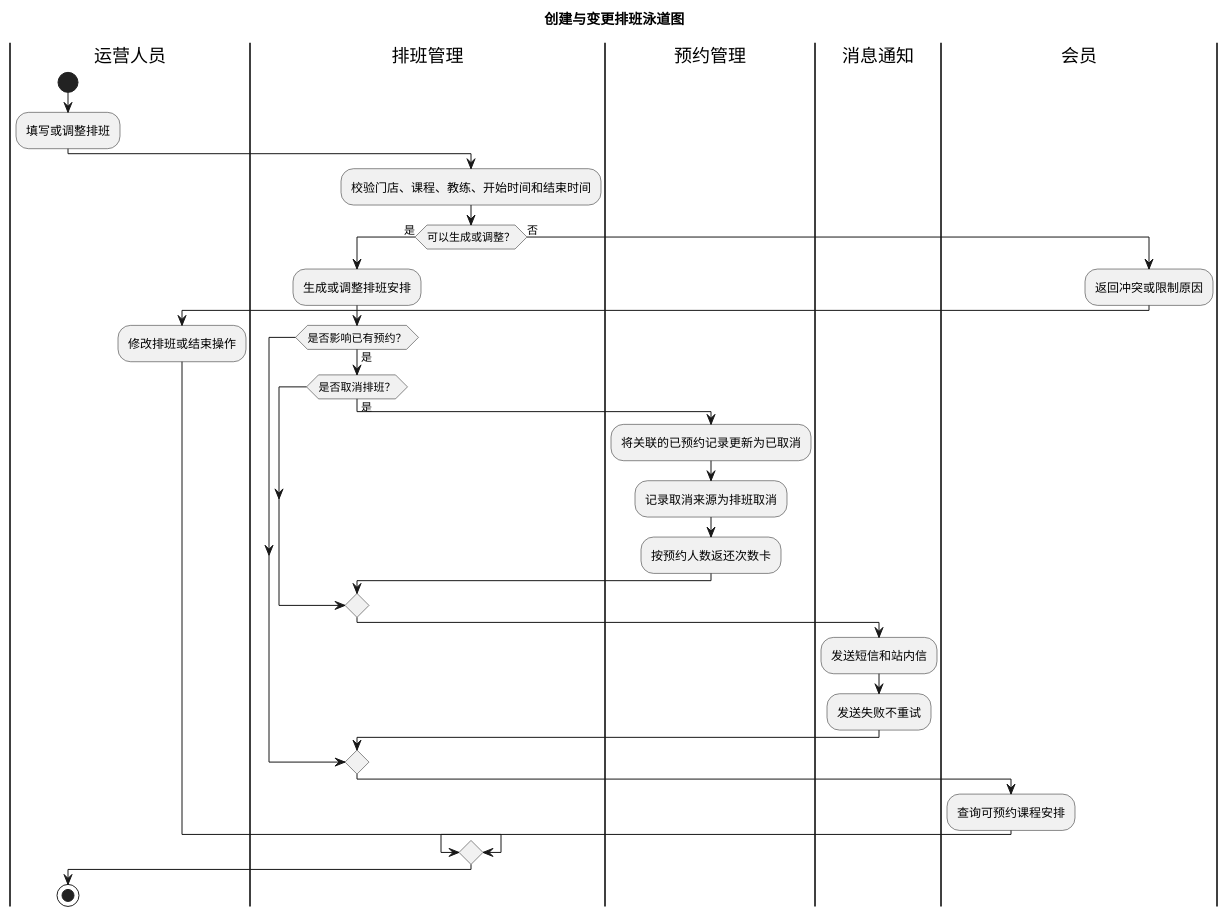
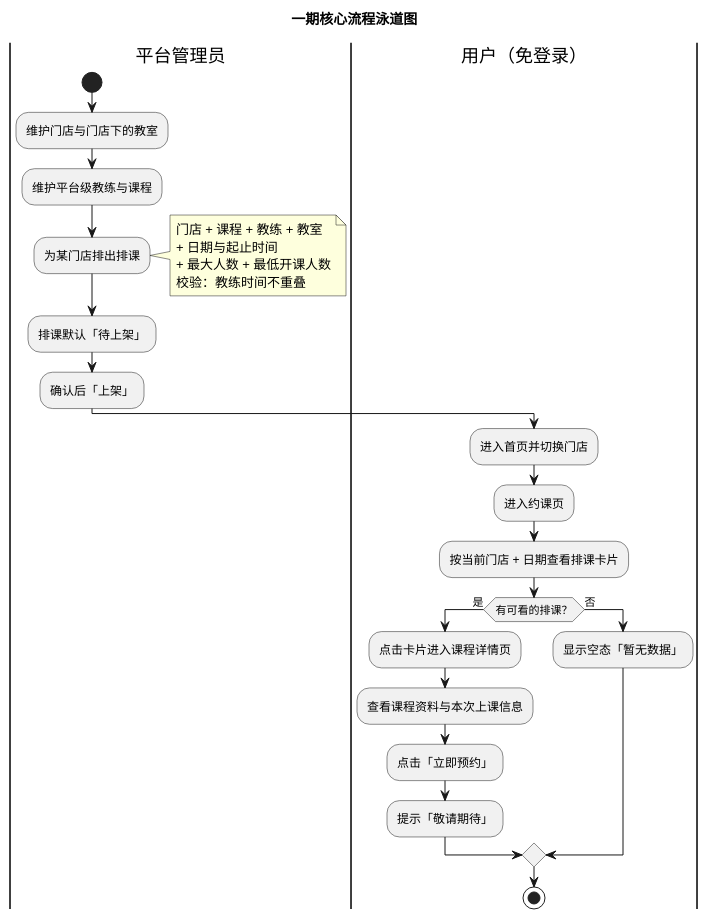
Before and after one commit to duo2530/techplant-yoga: the second of 3 diagrams in docs/需求分析/需求分析.md, drawn with PlantUML. The commit also changed other lines of this file and 52 other files, not shown here.

````diff
--- a/docs/需求分析/需求分析.md
+++ b/docs/需求分析/需求分析.md
@@ -423,33 +167,33 @@
 ```plantuml
 @startuml
-title 创建与变更排班泳道图
+title 一期核心流程泳道图
 
-|运营人员|
+|平台管理员|
 start
-:填写或调整排班;
+:维护门店与门店下的教室;
+:维护平台级教练与课程;
+:为某门店排出排课;
+note right
+  门店 + 课程 + 教练 + 教室
+  + 日期与起止时间
+  + 最大人数 + 最低开课人数
+  校验：教练时间不重叠
+end note
+:排课默认「待上架」;
+:确认后「上架」;
 
-|排班管理|
-  :校验门店、课程、教练、开始时间和结束时间;
-if (可以生成或调整？) then (是)
-  :生成或调整排班安排;
-  if (是否影响已有预约？) then (是)
-    if (是否取消排班？) then (是)
-      |预约管理|
-      :将关联的已预约记录更新为已取消;
-      :记录取消来源为排班取消;
-      :按预约人数返还次数卡;
-    endif
-    |消息通知|
-    :发送短信和站内信;
-    :发送失败不重试;
-  endif
-  |会员|
-  :查询可预约课程安排;
+|用户（免登录）|
+:进入首页并切换门店;
+:进入约课页;
+:按当前门店 + 日期查看排课卡片;
+if (有可看的排课？) then (是)
+  :点击卡片进入课程详情页;
+  :查看课程资料与本次上课信息;
+  :点击「立即预约」;
+  :提示「敬请期待」;
 else (否)
-  :返回冲突或限制原因;
-  |运营人员|
-  :修改排班或结束操作;
+  :显示空态「暂无数据」;
 endif
 stop
 @enduml
 ```
````
